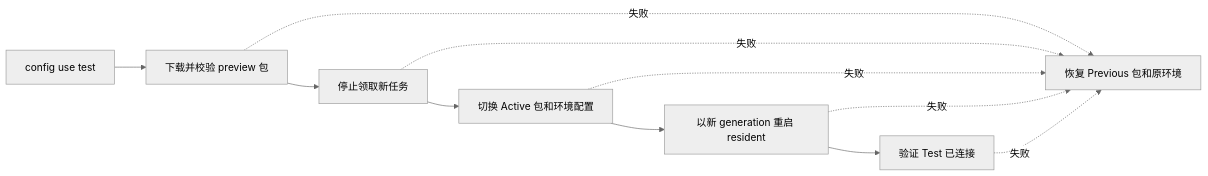
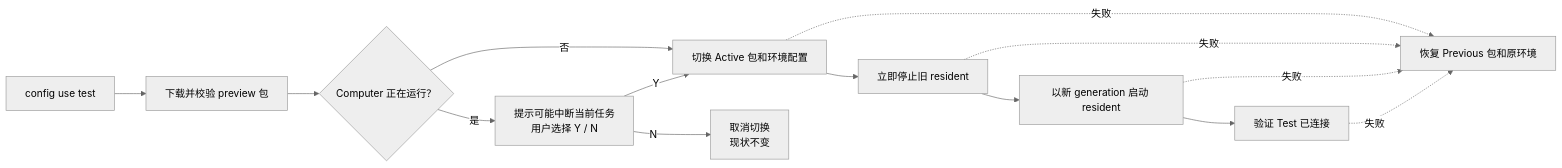
One commit to LRM-Teams/multica changed the second of 5 diagrams in docs/computer-v1-global-view.md. Above: the diagram before and after it, drawn with Mermaid (neutral theme). The commit also changed other lines of this file and 4 other files, not shown here.

````diff
--- a/docs/computer-v1-global-view.md
+++ b/docs/computer-v1-global-view.md
@@ -104,14 +104,17 @@
 ```mermaid
 flowchart LR
   A["config use test"] --> B["下载并校验 preview 包"]
-  B --> C["停止领取新任务"]
-  C --> D["切换 Active 包和环境配置"]
-  D --> E["以新 generation 重启 resident"]
-  E --> F["验证 Test 已连接"]
+  B --> C{"Computer 正在运行？"}
+  C -->|是| D["提示可能中断当前任务<br/>用户选择 Y / N"]
+  C -->|否| E["切换 Active 包和环境配置"]
+  D -->|Y| E
+  D -->|N| X["取消切换<br/>现状不变"]
+  E --> F["立即停止旧 resident"]
+  F --> G["以新 generation 启动 resident"]
+  G --> H["验证 Test 已连接"]
 
-  B -.失败.-> R["恢复 Previous 包和原环境"]
-  C -.失败.-> R
-  D -.失败.-> R
-  E -.失败.-> R
+  E -.失败.-> R["恢复 Previous 包和原环境"]
   F -.失败.-> R
+  G -.失败.-> R
+  H -.失败.-> R
 ```
````
